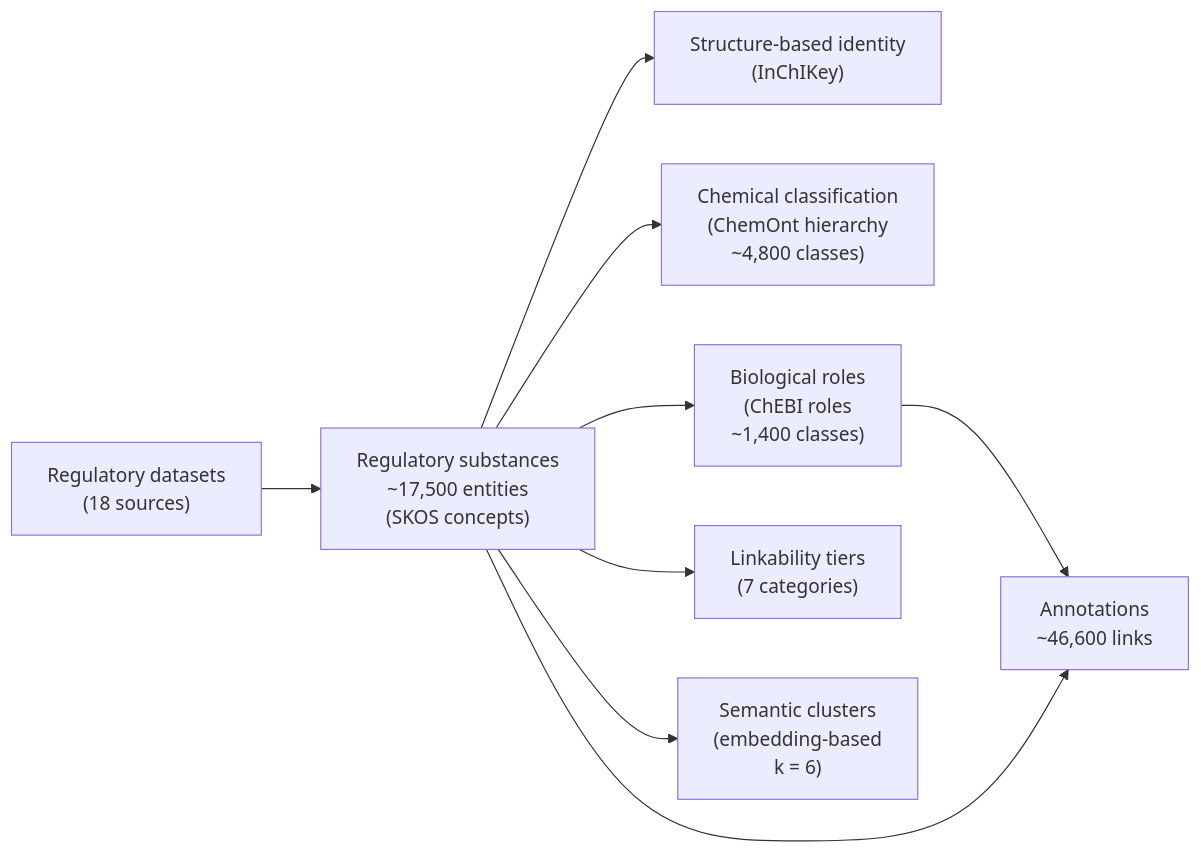
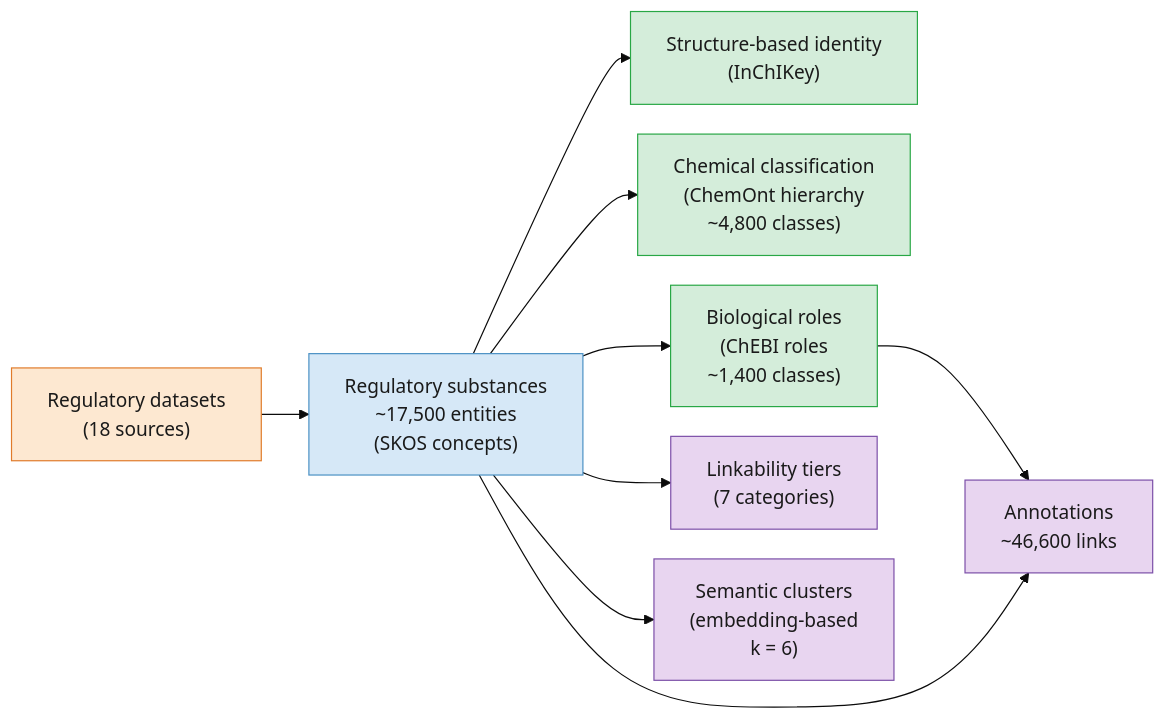
The diagram in paper/images/sources/knowledge_graph.mmd (gezever/A-Substance-Is-Not-Always-a-Substance), drawn with Mermaid before and after one commit. The commit also changed 23 other files, not shown here.

```diff
--- a/paper/images/sources/knowledge_graph.mmd
+++ b/paper/images/sources/knowledge_graph.mmd
@@ -1,29 +1,40 @@
+%%{init: {"theme": "base", "flowchart": {"nodeSpacing": 25, "rankSpacing": 40}}}%%
 graph LR
 %% Input layer
     A["Regulatory datasets\n(18 sources)"]
 
 %% Core layer
     B["Regulatory substances\n~17,500 entities\n(SKOS concepts)"]
 
 %% Linking layers
     C["Structure-based identity\n(InChIKey)"]
     D["Chemical classification\n(ChemOnt hierarchy\n~4,800 classes)"]
     E["Biological roles\n(ChEBI roles\n~1,400 classes)"]
 
 %% Derived layers
     F["Linkability tiers\n(7 categories)"]
     G["Semantic clusters\n(embedding-based\nk = 6)"]
     H["Annotations\n~46,600 links"]
 
 %% Relations
     A --> B
 
     B --> C
     B --> D
     B --> E
 
     B --> F
     B --> G
 
     E --> H
     B --> H
+
+    classDef inputNode fill:#FDE8D1,stroke:#E07B2A,color:#1a1a1a
+    classDef coreNode fill:#D6E8F7,stroke:#4A90C4,color:#1a1a1a
+    classDef linkNode fill:#D4EDDA,stroke:#28A745,color:#1a1a1a
+    classDef derivedNode fill:#E8D5F0,stroke:#7B4EA8,color:#1a1a1a
+
+    class A inputNode
+    class B coreNode
+    class C,D,E linkNode
+    class F,G,H derivedNode
```
